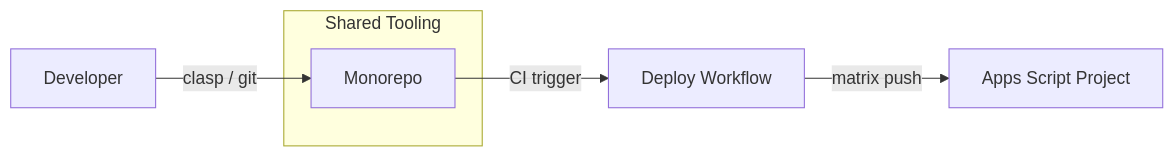
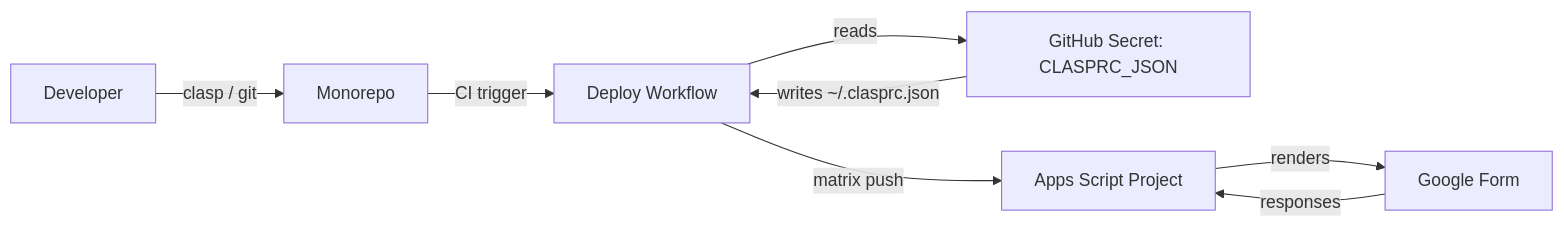
One commit to muyueh/clasp-from-fresh changed the fourth of 5 diagrams in README.md. Above: the diagram before and after it, drawn with Mermaid. The commit also changed other lines of this file and 2 other files, not shown here.

Commit message:
Harden clasp deploy workflow

````diff
--- a/README.md
+++ b/README.md
@@ -37,9 +48,16 @@
 ```mermaid
 flowchart LR
-    Dev[Developer] -->|clasp / git| Repo[Monorepo]
-    Repo -->|CI trigger| Workflow[Deploy Workflow]
-    Workflow -->|matrix push| GAS[Apps Script Project]
-    subgraph Shared Tooling
-        Repo
-    end
+    Dev[Developer]
+    Repo[Monorepo]
+    Secrets[GitHub Secret: CLASPRC_JSON]
+    Workflow[Deploy Workflow]
+    GAS[Apps Script Project]
+    Form[Google Form]
+    Dev -->|clasp / git| Repo
+    Repo -->|CI trigger| Workflow
+    Workflow -->|reads| Secrets
+    Secrets -->|writes ~/.clasprc.json| Workflow
+    Workflow -->|matrix push| GAS
+    GAS -->|renders| Form
+    Form -->|responses| GAS
 ```
````
